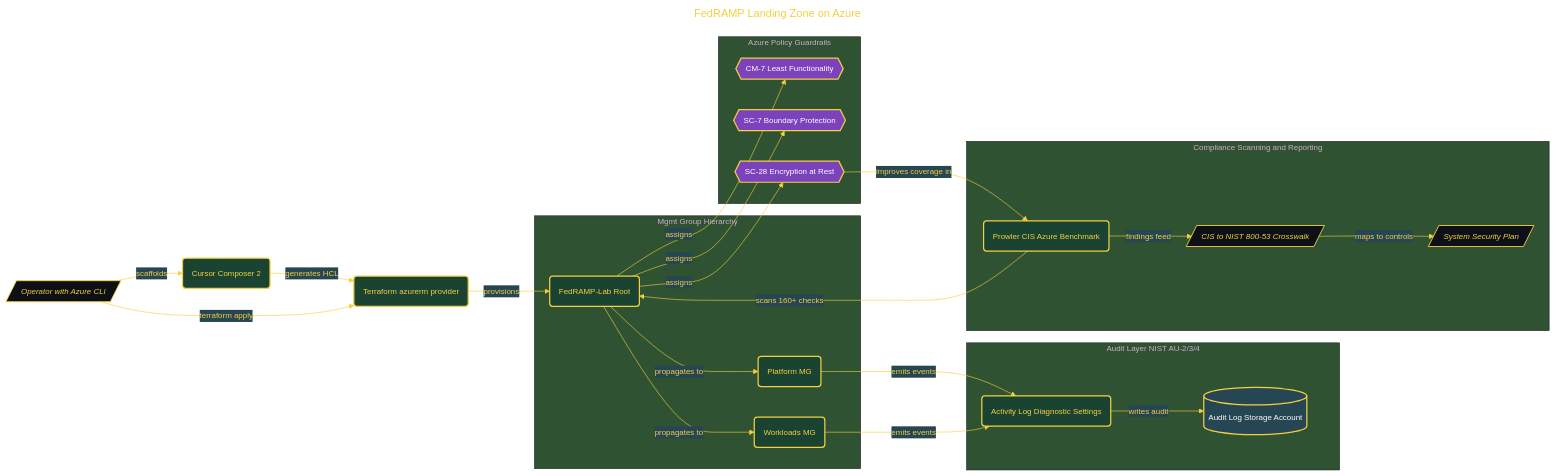
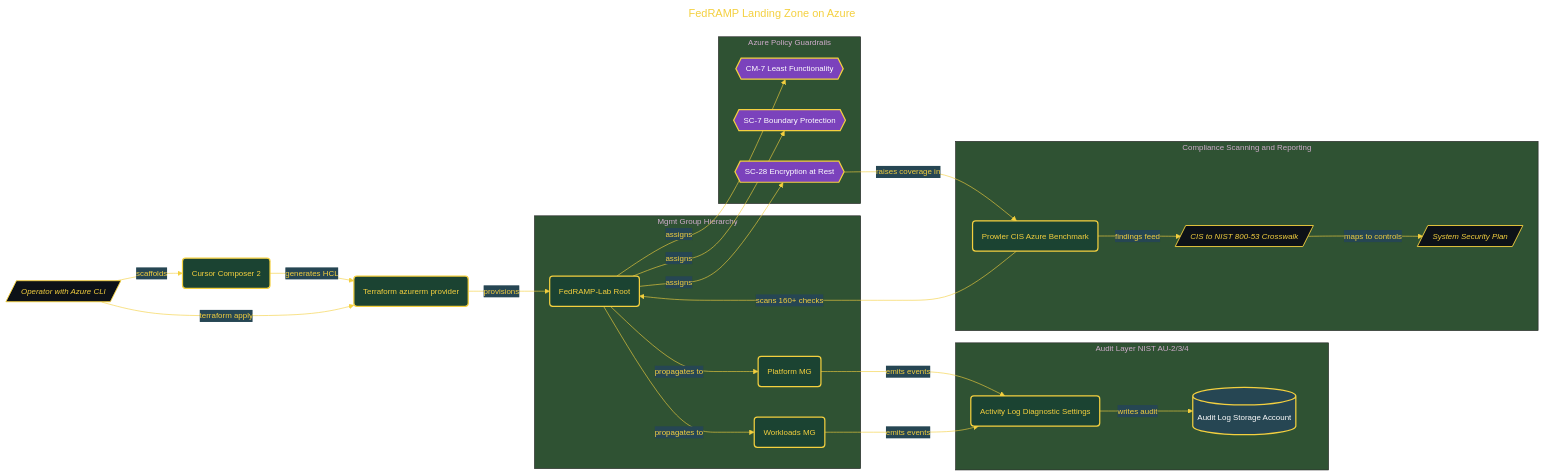
The diagram in systems/fedramp-landing-zone-azure/README.md (RoyPiring/government-systems-engineering), drawn with Mermaid before and after one commit. The commit also changed 1 other file, not shown here.

Commit message:
fix dropped phase, diagram filler verb, and id collision

````diff
--- a/systems/fedramp-landing-zone-azure/README.md
+++ b/systems/fedramp-landing-zone-azure/README.md
@@ -15,65 +15,65 @@
 ```mermaid
 ---
 title: FedRAMP Landing Zone on Azure
 ---
 %%{init: {"theme":"base","themeVariables": {"primaryColor":"#1B4332","primaryTextColor":"#F4D03F","primaryBorderColor":"#F4D03F","secondaryColor":"#264653","tertiaryColor":"#2F5233","lineColor":"#F4D03F","fontFamily":"ui-monospace, SFMono-Regular, Menlo, Consolas, monospace","fontSize":"13px"}}}%%
 flowchart LR
     classDef datastore fill:#264653,stroke:#F4D03F,stroke-width:2px,color:#FFFFFF
     classDef service fill:#1B4332,stroke:#F4D03F,stroke-width:2px,color:#F4D03F
     classDef event fill:#7B42BC,stroke:#F4D03F,stroke-width:2px,color:#FFFFFF
     classDef io fill:#0d1117,stroke:#F4D03F,stroke-width:1.5px,color:#F4D03F,font-style:italic
 
 
 
 
 
 
 
     Dev[/Operator with Azure CLI/]
     Cursor(Cursor Composer 2)
     TF(Terraform azurerm provider)
 
     subgraph MGH[Mgmt Group Hierarchy]
         Root(FedRAMP-Lab Root)
         Plat(Platform MG)
         Work(Workloads MG)
     end
 
     subgraph Policy[Azure Policy Guardrails]
         P1{{CM-7 Least Functionality}}
         P2{{SC-7 Boundary Protection}}
         P3{{SC-28 Encryption at Rest}}
     end
 
     subgraph Audit[Audit Layer NIST AU-2/3/4]
         Diag(Activity Log Diagnostic Settings)
         Logs[(Audit Log Storage Account)]
     end
 
     subgraph Scan[Compliance Scanning and Reporting]
         Prowler(Prowler CIS Azure Benchmark)
         Cross[/CIS to NIST 800-53 Crosswalk/]
         SSP[/System Security Plan/]
     end
 
     Dev -->|scaffolds| Cursor
     Cursor -->|generates HCL| TF
     Dev -->|terraform apply| TF
     TF -->|provisions| Root
     Root -->|propagates to| Plat
     Root -->|propagates to| Work
     Root -->|assigns| P1
     Root -->|assigns| P2
     Root -->|assigns| P3
     Plat -->|emits events| Diag
     Work -->|emits events| Diag
     Diag -->|writes audit| Logs
     Prowler -->|scans 160+ checks| Root
     Prowler -->|findings feed| Cross
     Cross -->|maps to controls| SSP
-    P3 -->|improves coverage in| Prowler
+    P3 -->|raises coverage in| Prowler
     class Logs datastore
     class Cursor,TF,Root,Plat,Work,Diag,Prowler service
     class P1,P2,P3 event
     class Dev,Cross,SSP io
 ```
````
